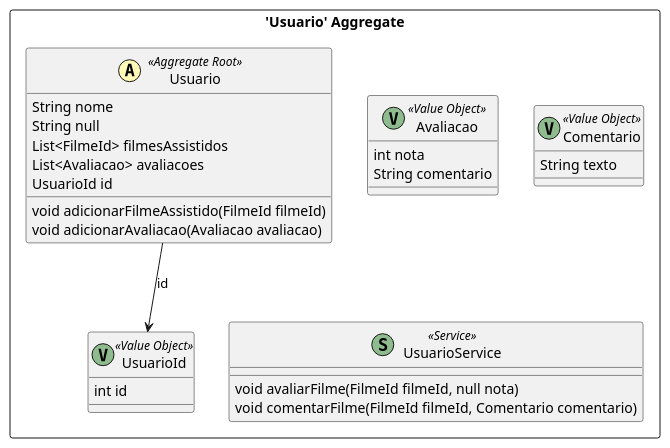
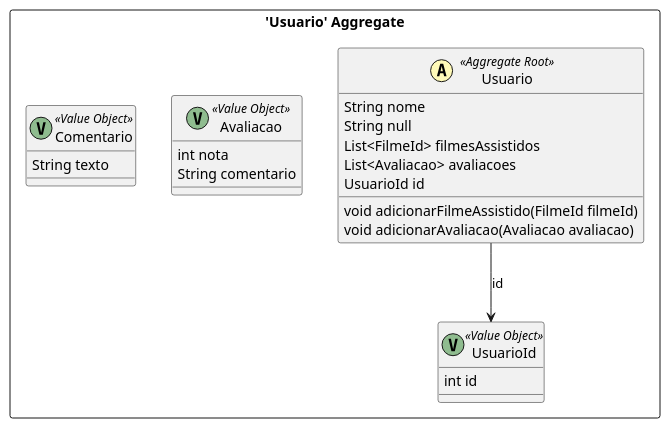
The diagram in src-gen/Bracine_BC_Interacao_Usuario.puml (mariajuliapessoa/Plataforma-de-Cinema-Brasileiro), drawn with PlantUML before and after one commit. The commit also changed 10 other files, not shown here.

```diff
--- a/src-gen/Bracine_BC_Interacao_Usuario.puml
+++ b/src-gen/Bracine_BC_Interacao_Usuario.puml
@@ -1,33 +1,29 @@
 @startuml
 
 skinparam componentStyle uml2
 
 package "'Usuario' Aggregate" <<Rectangle>> {
 	class Usuario <<(A,#fffab8) Aggregate Root>> {
 		String nome
 		String null
 		List<FilmeId> filmesAssistidos
 		List<Avaliacao> avaliacoes
 		UsuarioId id
 		void adicionarFilmeAssistido(FilmeId filmeId)
 		void adicionarAvaliacao(Avaliacao avaliacao)
 	}
 	class UsuarioId <<(V,DarkSeaGreen) Value Object>> {
 		int id
 	}
 	class Avaliacao <<(V,DarkSeaGreen) Value Object>> {
 		int nota
 		String comentario
 	}
 	class Comentario <<(V,DarkSeaGreen) Value Object>> {
 		String texto
 	}
-	class UsuarioService <<(S,DarkSeaGreen) Service>> {
-		void avaliarFilme(FilmeId filmeId, null nota)
-		void comentarFilme(FilmeId filmeId, Comentario comentario)
-	}
 }
 Usuario --> UsuarioId : id
 
 
 @enduml
```
